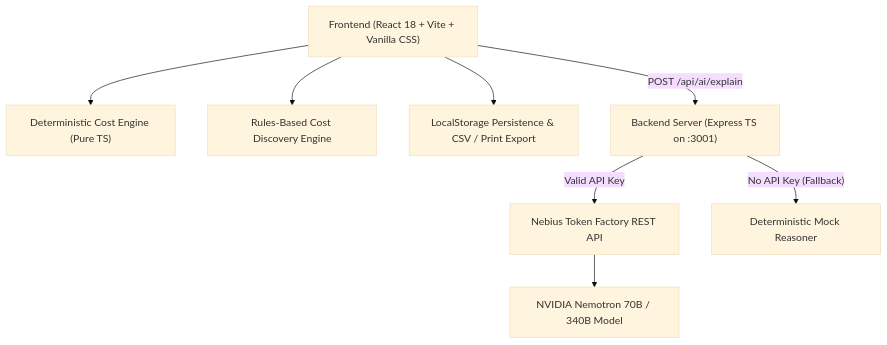
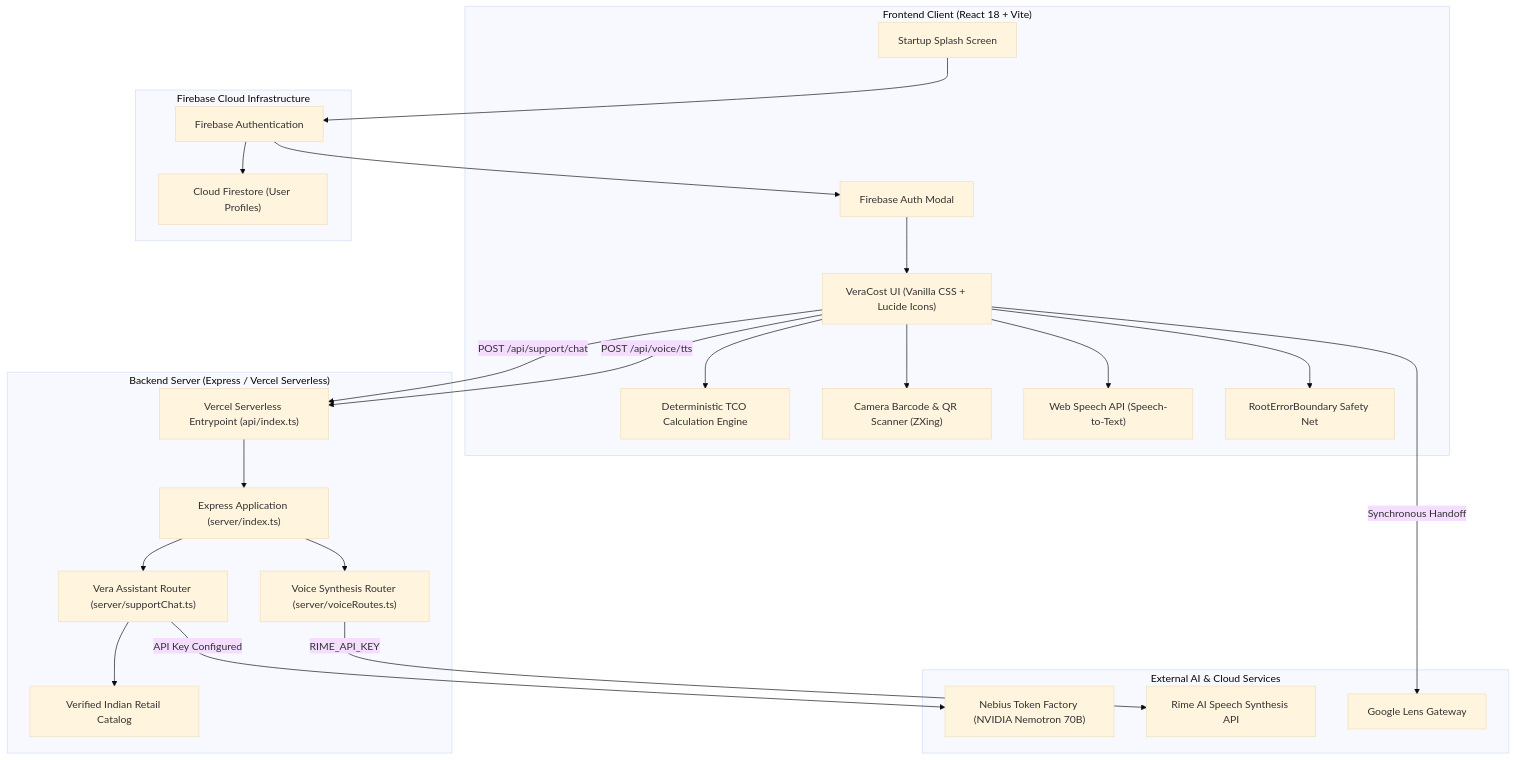
The diagram in README.md (RonakBairagi/VeraCost), drawn with Mermaid (base theme) before and after one commit. The commit also changed other lines of this file and 13 other files, not shown here.

Commit message:
feat(auth): integrate Firebase Auth, app startup experience, Vercel API routing fix, and comprehensive README

````diff
--- a/README.md
+++ b/README.md
@@ -39,19 +71,52 @@
 ```mermaid
 graph TD
-    Client["Frontend (React 18 + Vite + Vanilla CSS)"]
-    Engine["Deterministic Cost Engine (Pure TS)"]
-    Discovery["Rules-Based Cost Discovery Engine"]
-    Storage["LocalStorage Persistence & CSV / Print Export"]
-    Server["Backend Server (Express TS on :3001)"]
-    Nebius["Nebius Token Factory REST API"]
-    Nemotron["NVIDIA Nemotron 70B / 340B Model"]
-    Mock["Deterministic Mock Reasoner"]
+    subgraph Client["Frontend Client (React 18 + Vite)"]
+        UI["VeraCost UI (Vanilla CSS + Lucide Icons)"]
+        Startup["Startup Splash Screen"]
+        AuthModal["Firebase Auth Modal"]
+        CalcEngine["Deterministic TCO Calculation Engine"]
+        Scanner["Camera Barcode & QR Scanner (ZXing)"]
+        VoiceInput["Web Speech API (Speech-to-Text)"]
+        ErrorBoundary["RootErrorBoundary Safety Net"]
+    end
 
-    Client --> Engine
-    Client --> Discovery
-    Client --> Storage
-    Client -->|"POST /api/ai/explain"| Server
-    Server -->|"Valid API Key"| Nebius
-    Nebius --> Nemotron
-    Server -->|"No API Key (Fallback)"| Mock
+    subgraph Firebase["Firebase Cloud Infrastructure"]
+        FirebaseAuth["Firebase Authentication"]
+        Firestore["Cloud Firestore (User Profiles)"]
+    end
+
+    subgraph Backend["Backend Server (Express / Vercel Serverless)"]
+        ApiHandler["Vercel Serverless Entrypoint (api/index.ts)"]
+        ExpressApp["Express Application (server/index.ts)"]
+        SupportChat["Vera Assistant Router (server/supportChat.ts)"]
+        VoiceRoute["Voice Synthesis Router (server/voiceRoutes.ts)"]
+        CatalogData["Verified Indian Retail Catalog"]
+    end
+
+    subgraph AI["External AI & Cloud Services"]
+        Nebius["Nebius Token Factory (NVIDIA Nemotron 70B)"]
+        TTS["Rime AI Speech Synthesis API"]
+        GoogleLens["Google Lens Gateway"]
+    end
+
+    Startup --> FirebaseAuth
+    FirebaseAuth --> AuthModal
+    AuthModal --> UI
+    UI --> CalcEngine
+    UI --> Scanner
+    UI --> VoiceInput
+    UI --> ErrorBoundary
+
+    UI -->|"POST /api/support/chat"| ApiHandler
+    UI -->|"POST /api/voice/tts"| ApiHandler
+
+    ApiHandler --> ExpressApp
+    ExpressApp --> SupportChat
+    ExpressApp --> VoiceRoute
+    SupportChat --> CatalogData
+
+    SupportChat -->|"API Key Configured"| Nebius
+    VoiceRoute -->|"RIME_API_KEY"| TTS
+    UI -->|"Synchronous Handoff"| GoogleLens
+    FirebaseAuth --> Firestore
 ```
````
